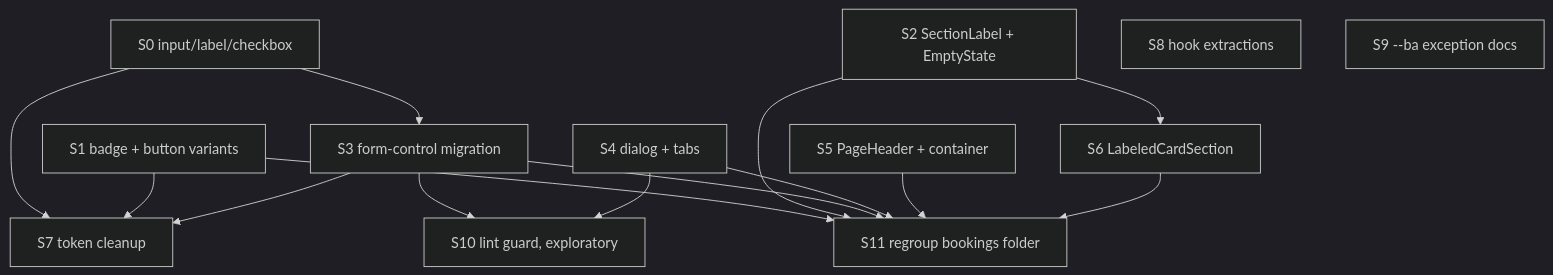
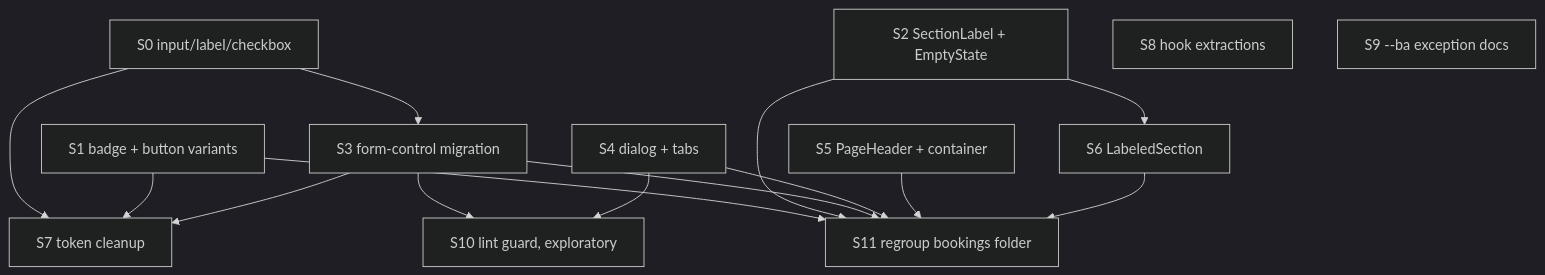
One commit to lmmoreira/ikaro changed the diagram in td/TD58-ATOMIC-DESIGN-UI-MATURITY.md. Above: the diagram before and after it, drawn with Mermaid (dark theme). The commit also changed other lines of this file, not shown here.

````diff
--- a/td/TD58-ATOMIC-DESIGN-UI-MATURITY.md
+++ b/td/TD58-ATOMIC-DESIGN-UI-MATURITY.md
@@ -71,18 +71,18 @@
 ```mermaid
 graph TD
   S0[S0 input/label/checkbox] --> S3[S3 form-control migration]
   S0 --> S7[S7 token cleanup]
   S1[S1 badge + button variants] --> S7
   S3 --> S7
-  S2[S2 SectionLabel + EmptyState] --> S6[S6 LabeledCardSection]
+  S2[S2 SectionLabel + EmptyState] --> S6[S6 LabeledSection]
   S3 --> S10[S10 lint guard, exploratory]
   S4[S4 dialog + tabs] --> S10
   S1 --> S11[S11 regroup bookings folder]
   S2 --> S11
   S3 --> S11
   S4 --> S11
   S5[S5 PageHeader + container] --> S11
   S6 --> S11
   S8[S8 hook extractions]
   S9[S9 --ba exception docs]
 ```
````
